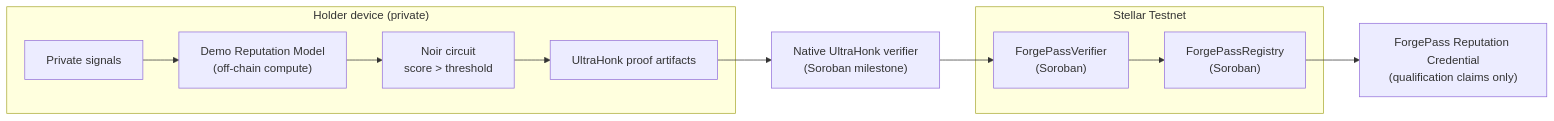
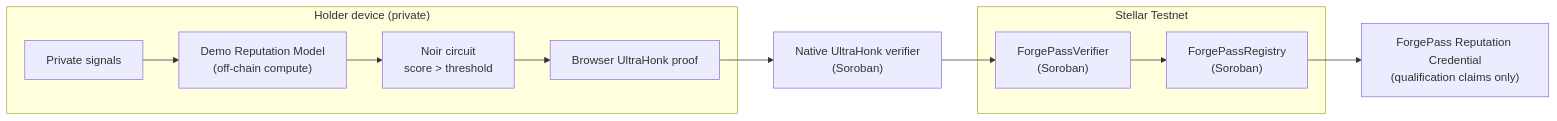
Before and after one commit to Agozie180/ForgePass: the diagram in README.md, drawn with Mermaid. The commit also changed other lines of this file and 12 other files, not shown here.

Commit message:
Wire native UltraHonk frontend verification

````diff
--- a/README.md
+++ b/README.md
@@ -145,14 +145,14 @@
 ```mermaid
 flowchart LR
   subgraph Device["Holder device (private)"]
     D["Private signals"] --> S["Demo Reputation Model<br/>(off-chain compute)"]
     S --> N["Noir circuit<br/>score &gt; threshold"]
-    N --> P["UltraHonk proof artifacts"]
+    N --> P["Browser UltraHonk proof"]
   end
   subgraph Stellar["Stellar Testnet"]
     V["ForgePassVerifier<br/>(Soroban)"] --> R["ForgePassRegistry<br/>(Soroban)"]
   end
-  P --> U["Native UltraHonk verifier<br/>(Soroban milestone)"]
+  P --> U["Native UltraHonk verifier<br/>(Soroban)"]
   U --> V
   R --> C["ForgePass Reputation Credential<br/>(qualification claims only)"]
 ```
````
